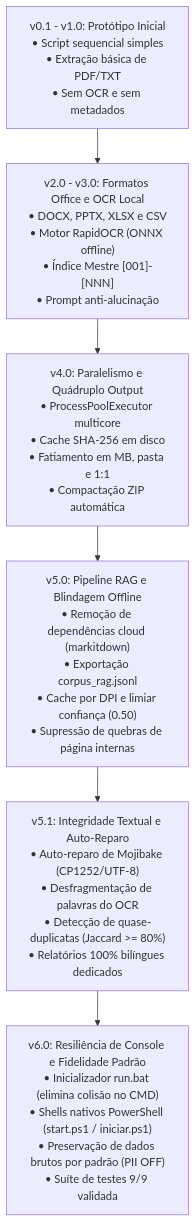
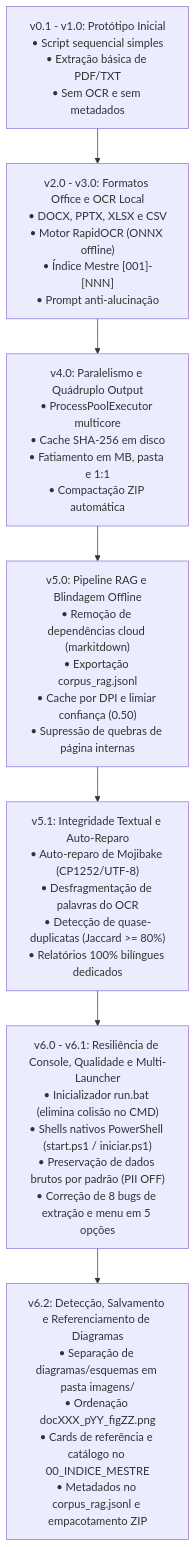
Before and after one commit to marceloasl99/local-doc-consolidator: the diagram in HISTORICO_E_ESTADO_ATUAL.md, drawn with Mermaid. The commit also changed other lines of this file and 11 other files, not shown here.

Commit message:
feat(v6.2): salvar e referenciar diagramas e esquemas em pasta ordenada

````diff
--- a/HISTORICO_E_ESTADO_ATUAL.md
+++ b/HISTORICO_E_ESTADO_ATUAL.md
@@ -25,11 +25,12 @@
 ```mermaid
 flowchart TD
     v0["v0.1 - v1.0: Protótipo Inicial<br/>• Script sequencial simples<br/>• Extração básica de PDF/TXT<br/>• Sem OCR e sem metadados"]
     v2["v2.0 - v3.0: Formatos Office e OCR Local<br/>• DOCX, PPTX, XLSX e CSV<br/>• Motor RapidOCR (ONNX offline)<br/>• Índice Mestre [001]-[NNN]<br/>• Prompt anti-alucinação"]
     v4["v4.0: Paralelismo e Quádruplo Output<br/>• ProcessPoolExecutor multicore<br/>• Cache SHA-256 em disco<br/>• Fatiamento em MB, pasta e 1:1<br/>• Compactação ZIP automática"]
     v5["v5.0: Pipeline RAG e Blindagem Offline<br/>• Remoção de dependências cloud (markitdown)<br/>• Exportação corpus_rag.jsonl<br/>• Cache por DPI e limiar confiança (0.50)<br/>• Supressão de quebras de página internas"]
     v51["v5.1: Integridade Textual e Auto-Reparo<br/>• Auto-reparo de Mojibake (CP1252/UTF-8)<br/>• Desfragmentação de palavras do OCR<br/>• Detecção de quase-duplicatas (Jaccard >= 80%)<br/>• Relatórios 100% bilíngues dedicados"]
-    v6["v6.0: Resiliência de Console e Fidelidade Padrão<br/>• Inicializador run.bat (elimina colisão no CMD)<br/>• Shells nativos PowerShell (start.ps1 / iniciar.ps1)<br/>• Preservação de dados brutos por padrão (PII OFF)<br/>• Suíte de testes 9/9 validada"]
+    v6["v6.0 - v6.1: Resiliência de Console, Qualidade e Multi-Launcher<br/>• Inicializador run.bat (elimina colisão no CMD)<br/>• Shells nativos PowerShell (start.ps1 / iniciar.ps1)<br/>• Preservação de dados brutos por padrão (PII OFF)<br/>• Correção de 8 bugs de extração e menu em 5 opções"]
+    v62["v6.2: Detecção, Salvamento e Referenciamento de Diagramas<br/>• Separação de diagramas/esquemas em pasta imagens/<br/>• Ordenação docXXX_pYY_figZZ.png<br/>• Cards de referência e catálogo no 00_INDICE_MESTRE<br/>• Metadados no corpus_rag.jsonl e empacotamento ZIP"]
 
-    v0 --> v2 --> v4 --> v5 --> v51 --> v6
+    v0 --> v2 --> v4 --> v5 --> v51 --> v6 --> v62
 ```
````
